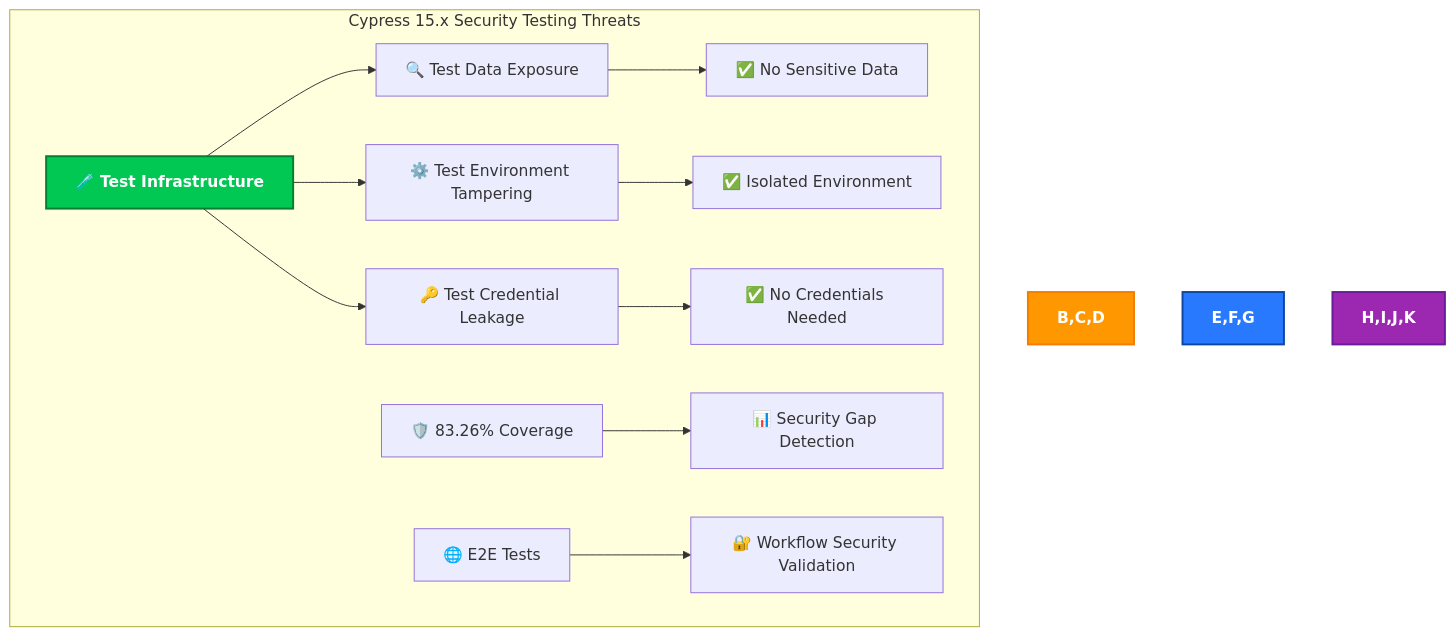
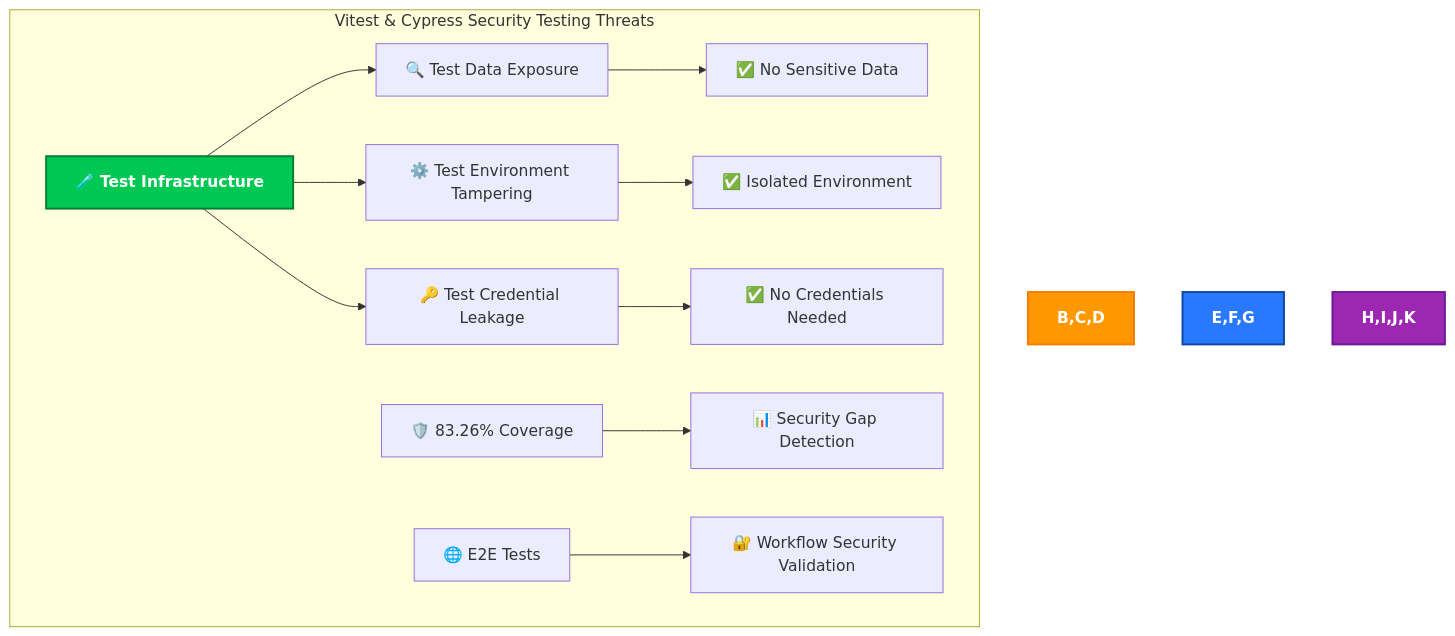
The sixth of 14 diagrams in docs/architecture/THREAT_MODEL.md (Hack23/cia-compliance-manager), drawn with Mermaid before and after one commit. The commit also changed other lines of this file and 9 other files, not shown here.

First line of the commit message:
docs: update architecture documents to accurately reflect current system (#974)

````diff
--- a/docs/architecture/THREAT_MODEL.md
+++ b/docs/architecture/THREAT_MODEL.md
@@ -415,20 +416,20 @@
 ```mermaid
 flowchart TD
-    subgraph "Cypress 15.x Security Testing Threats"
+    subgraph "Vitest & Cypress Security Testing Threats"
         A[🧪 Test Infrastructure] --> B[🔍 Test Data Exposure]
         A --> C[⚙️ Test Environment Tampering]
         A --> D[🔑 Test Credential Leakage]
         
         B --> E[✅ No Sensitive Data]
         C --> F[✅ Isolated Environment]
         D --> G[✅ No Credentials Needed]
         
         H[🛡️ 83.26% Coverage] --> I[📊 Security Gap Detection]
         J[🌐 E2E Tests] --> K[🔐 Workflow Security Validation]
     end
 
     style A fill:#00C853,stroke:#007E33,stroke-width:2px,color:white,font-weight:bold
     style B,C,D fill:#FF9800,stroke:#F57C00,stroke-width:2px,color:white,font-weight:bold
     style E,F,G fill:#2979FF,stroke:#0D47A1,stroke-width:2px,color:white,font-weight:bold
     style H,I,J,K fill:#9C27B0,stroke:#6A1B9A,stroke-width:2px,color:white,font-weight:bold
 ```
````
